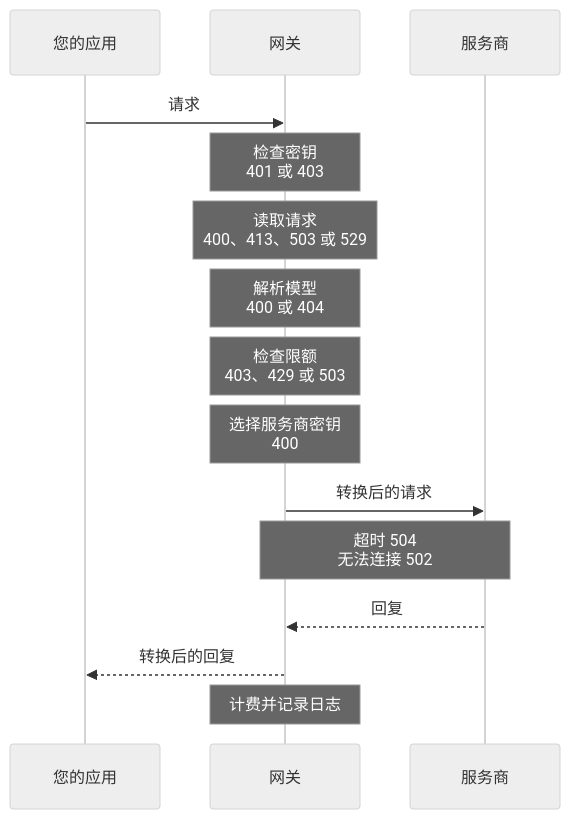
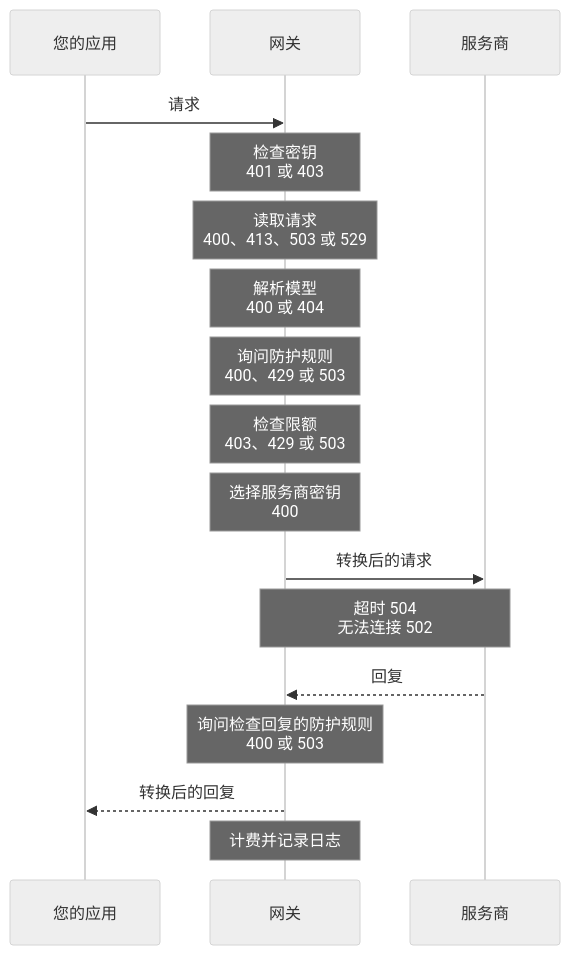
One commit to logicplanes/kaeso changed the diagram in apps/docs/content/zh-CN/concepts/request-flow.md. Above: the diagram before and after it, drawn with Mermaid (neutral theme). The commit also changed other lines of this file and 148 other files, not shown here.

````diff
--- a/apps/docs/content/zh-CN/concepts/request-flow.md
+++ b/apps/docs/content/zh-CN/concepts/request-flow.md
@@ -9,19 +9,21 @@
 ```mermaid
 sequenceDiagram
   accTitle: 请求流程
-  accDescr: 应用把请求发送给网关。网关检查密钥、读取请求、解析模型、检查限额并选择服务商密钥，每项检查都可能以图中的状态码拒绝请求。随后它把转换后的请求发送给服务商，把转换后的回复返回给应用，再计费并记录请求日志。
+  accDescr: 应用把请求发送给网关。网关检查密钥、读取请求、解析模型、询问项目的防护规则、检查限额并选择服务商密钥，每项检查都可能以图中的状态码拒绝请求。随后它把转换后的请求发送给服务商，询问检查回复的防护规则，把转换后的回复返回给应用，再计费并记录请求日志。
   participant App as 您的应用
   participant Gateway as 网关
   participant Provider as 服务商
   App->>Gateway: 请求
   Note over Gateway: 检查密钥<br>401 或 403
   Note over Gateway: 读取请求<br>400、413、503 或 529
   Note over Gateway: 解析模型<br>400 或 404
+  Note over Gateway: 询问防护规则<br>400、429 或 503
   Note over Gateway: 检查限额<br>403、429 或 503
   Note over Gateway: 选择服务商密钥<br>400
   Gateway->>Provider: 转换后的请求
   Note over Gateway,Provider: 超时 504<br>无法连接 502
   Provider-->>Gateway: 回复
+  Note over Gateway: 询问检查回复的防护规则<br>400 或 503
   Gateway-->>App: 转换后的回复
   Note over Gateway: 计费并记录日志
 ```
````
